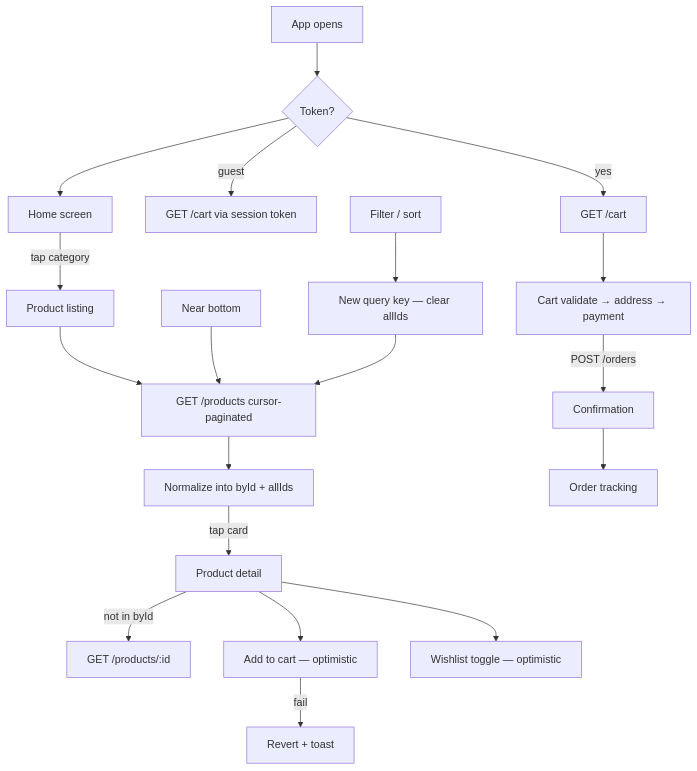
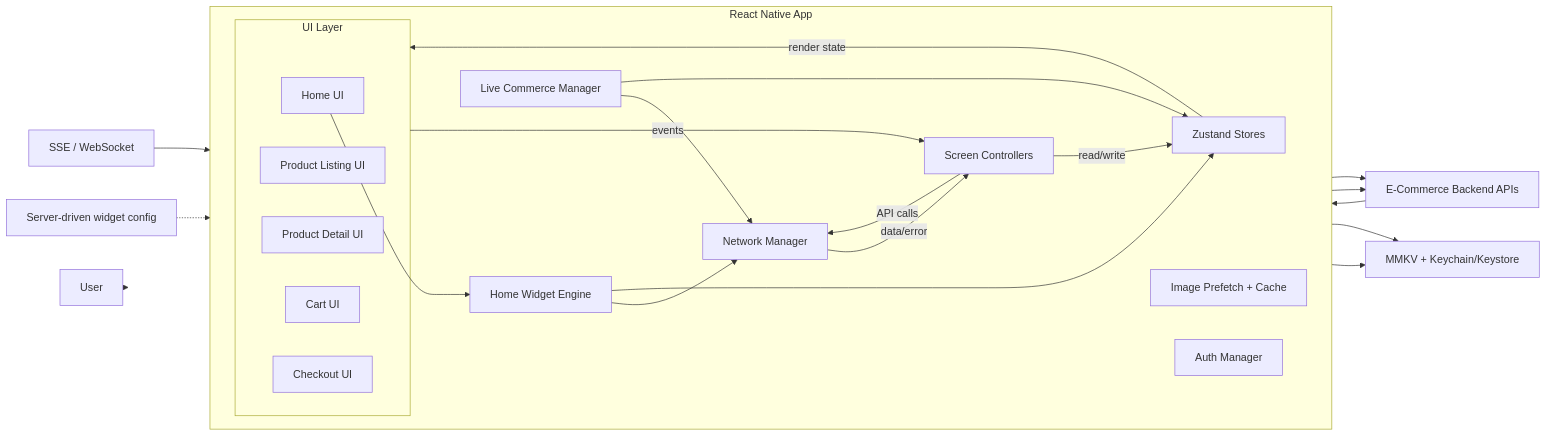
One commit to shubhamd99/private-learnings changed the diagram in SystemDesign/ReactNative/DesignECommerceApp.md. Above: the diagram before and after it, drawn with Mermaid. The commit also changed other lines of this file, not shown here.

Commit message:
design ecommerce app

````diff
--- a/SystemDesign/ReactNative/DesignECommerceApp.md
+++ b/SystemDesign/ReactNative/DesignECommerceApp.md
@@ -5,26 +81,48 @@
 ```mermaid
-graph TD
-    OPEN[App opens] --> AUTH{Token?}
-    AUTH -->|yes| CART[GET /cart]
-    AUTH -->|guest| GCART[GET /cart via session token]
-    AUTH --> HOME[Home screen]
+flowchart LR
+    USER[User]
+    API[E-Commerce Backend APIs]
+    REALTIME[SSE / WebSocket]
+    LOCAL[MMKV + Keychain/Keystore]
 
-    HOME -->|tap category| LIST[Product listing]
-    LIST --> FETCH[GET /products cursor-paginated]
-    FETCH --> STORE[Normalize into byId + allIds]
-    SCROLL[Near bottom] --> FETCH
+    subgraph APP[React Native App]
+        direction LR
 
-    FILTER[Filter / sort] --> RESET[New query key — clear allIds]
-    RESET --> FETCH
+        subgraph UI[UI Layer]
+            HOME[Home UI]
+            LIST[Product Listing UI]
+            PDP[Product Detail UI]
+            CART[Cart UI]
+            CHECKOUT[Checkout UI]
+        end
 
-    STORE -->|tap card| DETAIL[Product detail]
-    DETAIL -->|not in byId| FETCH_DETAIL[GET /products/:id]
+        CONTROLLER[Screen Controllers]
+        STORE[Zustand Stores]
+        NETWORK[Network Manager]
+        WIDGET[Home Widget Engine]
+        LIVE[Live Commerce Manager]
+        IMAGE[Image Prefetch + Cache]
+        AUTH[Auth Manager]
+    end
 
-    DETAIL --> ADD[Add to cart — optimistic]
-    ADD -->|fail| REVERT[Revert + toast]
-    DETAIL --> WISH[Wishlist toggle — optimistic]
+    USER --> UI
+    UI -->|events| CONTROLLER
+    CONTROLLER -->|read/write| STORE
+    STORE -->|render state| UI
 
-    CART --> CHECKOUT[Cart validate → address → payment]
-    CHECKOUT -->|POST /orders| CONFIRM[Confirmation]
-    CONFIRM --> TRACK[Order tracking]
+    CONTROLLER -->|API calls| NETWORK
+    NETWORK --> API
+    API --> NETWORK
+    NETWORK -->|data/error| CONTROLLER
+
+    HOME --> WIDGET
+    WIDGET --> NETWORK
+    WIDGET --> STORE
+    LIVE --> NETWORK
+    LIVE --> STORE
+    AUTH --> LOCAL
+    STORE --> LOCAL
+    IMAGE --> API
+    REALTIME --> LIVE
+    CONFIG[Server-driven widget config] -.-> WIDGET
 ```
````
